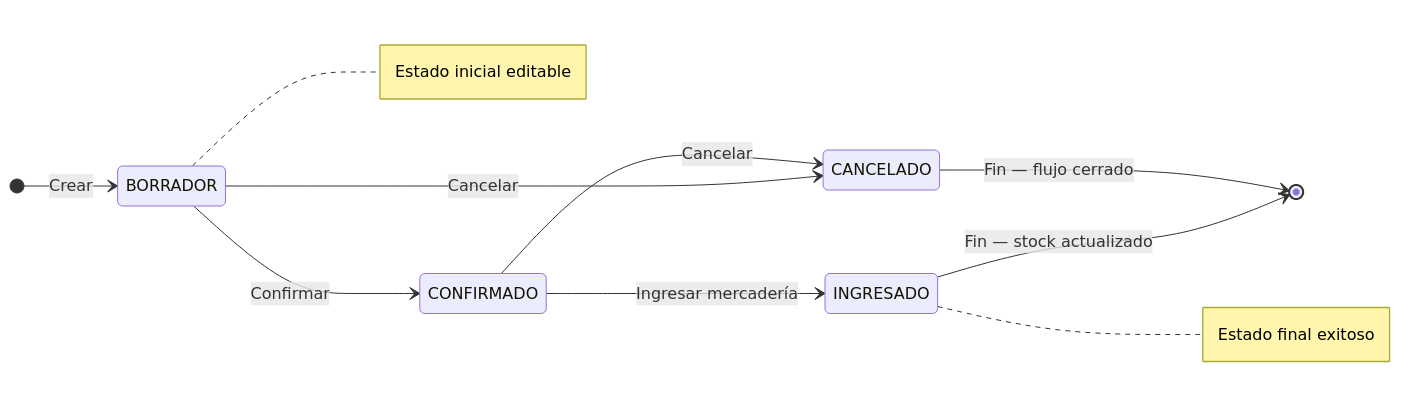
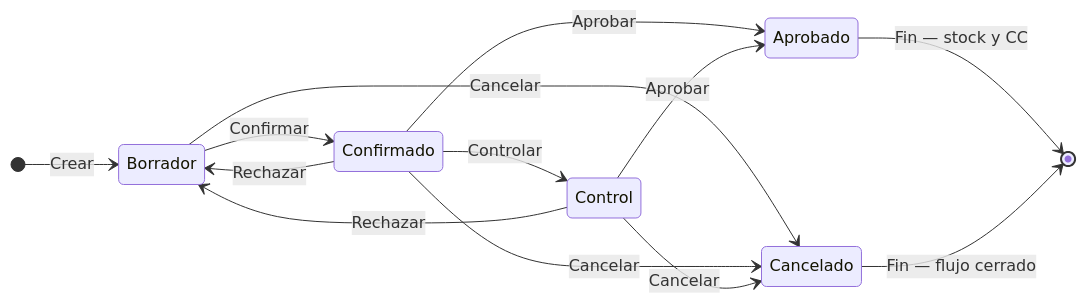
Before and after one commit to Zink-in-Tech/ZiT-ERP_DocsPublica_FE: the diagram in docs/compras/compras.md, drawn with Mermaid. The commit also changed other lines of this file and 18 other files, not shown here.

````diff
--- a/docs/compras/compras.md
+++ b/docs/compras/compras.md
@@ -160,17 +169,16 @@
 ```mermaid
 stateDiagram-v2
   direction LR
-  [*] --> BORRADOR: Crear
-  BORRADOR --> CONFIRMADO: Confirmar
-  CONFIRMADO --> INGRESADO: Ingresar mercadería
-  INGRESADO --> [*]: Fin — stock actualizado
-  BORRADOR --> CANCELADO: Cancelar
-  CONFIRMADO --> CANCELADO: Cancelar
-  CANCELADO --> [*]: Fin — flujo cerrado
-  note right of BORRADOR
-    Estado inicial editable
-  end note
-  note right of INGRESADO
-    Estado final exitoso
-  end note
+  [*] --> Borrador: Crear
+  Borrador --> Confirmado: Confirmar
+  Confirmado --> Control: Controlar
+  Confirmado --> Aprobado: Aprobar
+  Control --> Aprobado: Aprobar
+  Aprobado --> [*]: Fin — stock y CC
+  Borrador --> Cancelado: Cancelar
+  Confirmado --> Cancelado: Cancelar
+  Control --> Cancelado: Cancelar
+  Confirmado --> Borrador: Rechazar
+  Control --> Borrador: Rechazar
+  Cancelado --> [*]: Fin — flujo cerrado
 ```
````
